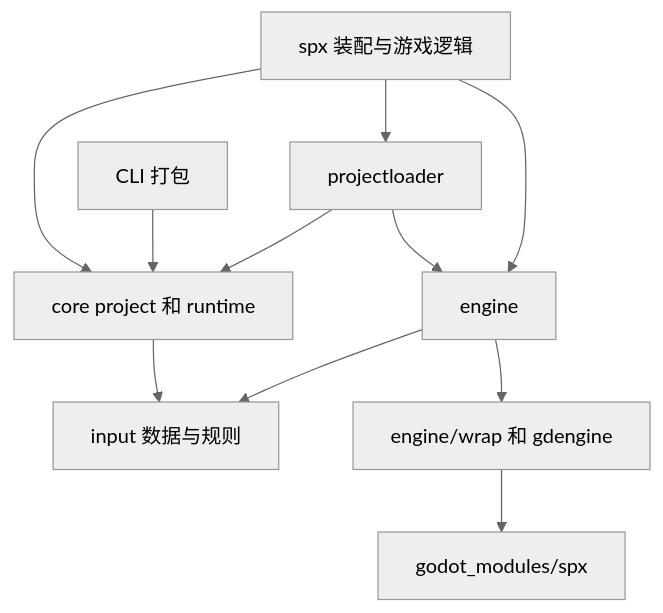
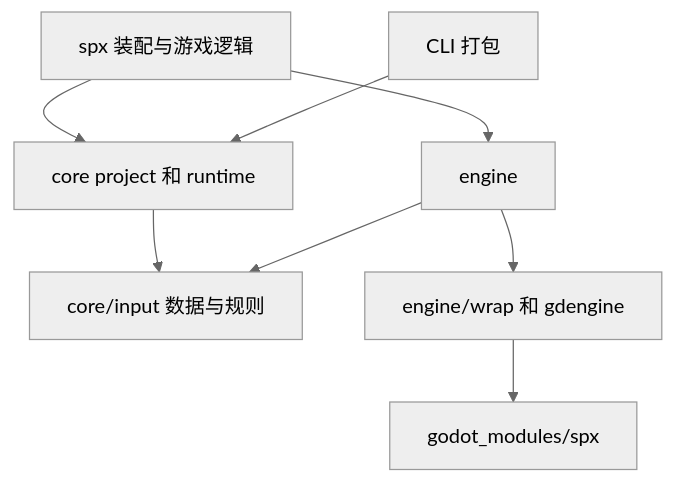
One commit to goplus/spx changed the diagram in docs/zh/dev/engine/architecture.md. Above: the diagram before and after it, drawn with Mermaid (neutral theme). The commit also changed other lines of this file and 406 other files, not shown here.

````diff
--- a/docs/zh/dev/engine/architecture.md
+++ b/docs/zh/dev/engine/architecture.md
@@ -25,13 +33,10 @@
 ```mermaid
 flowchart TD
     API[spx 装配与游戏逻辑] --> Core[core project 和 runtime]
-    API --> Loader[projectloader]
     API --> Engine[engine]
-    Loader --> Core
-    Loader --> Engine
-    Core --> Input[input 数据与规则]
+    Core --> Input[core/input 数据与规则]
     Engine --> Input
     Engine --> Wrappers[engine/wrap 和 gdengine]
     Wrappers --> Godot[godot_modules/spx]
     CLI[CLI 打包] --> Core
 ```
````
